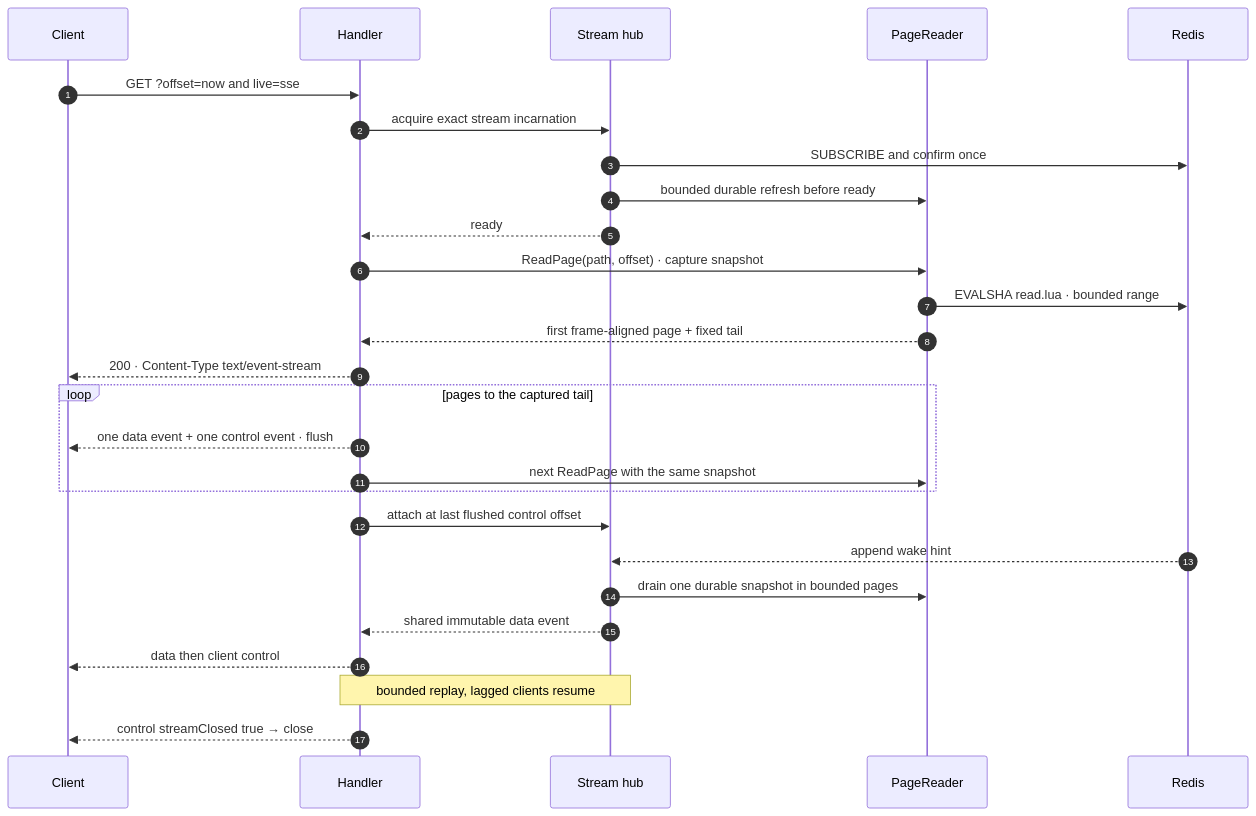
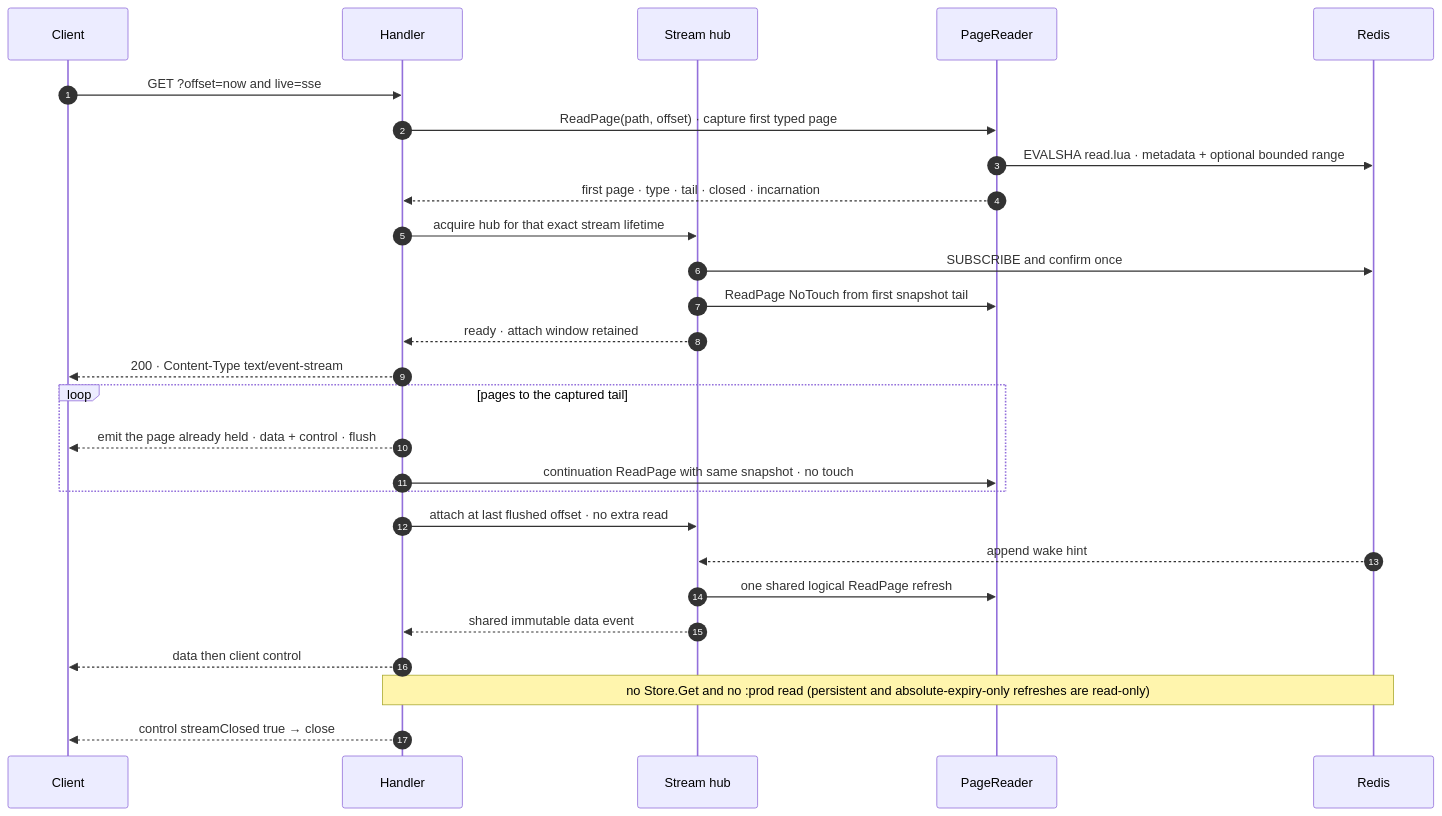
Before and after one commit to adityavkk/chronicle: the diagram in docs-site/diagrams/seq-sse.mmd, drawn with Mermaid. The commit also changed 25 other files, not shown here.

Commit message:
docs: align endpoint flows with read fast path

```diff
--- a/docs-site/diagrams/seq-sse.mmd
+++ b/docs-site/diagrams/seq-sse.mmd
@@ -1,27 +1,27 @@
 sequenceDiagram
     autonumber
     participant C as Client
     participant H as Handler
     participant F as Stream hub
     participant S as PageReader
     participant R as Redis
     C->>H: GET ?offset=now and live=sse
-    H->>F: acquire exact stream incarnation
+    H->>S: ReadPage(path, offset) · capture first typed page
+    S->>R: EVALSHA read.lua · metadata + optional bounded range
+    S-->>H: first page · type · tail · closed · incarnation
+    H->>F: acquire hub for that exact stream lifetime
     F->>R: SUBSCRIBE and confirm once
-    F->>S: bounded durable refresh before ready
-    F-->>H: ready
-    H->>S: ReadPage(path, offset) · capture snapshot
-    S->>R: EVALSHA read.lua · bounded range
-    S-->>H: first frame-aligned page + fixed tail
+    F->>S: ReadPage NoTouch from first snapshot tail
+    F-->>H: ready · attach window retained
     H-->>C: 200 · Content-Type text/event-stream
     loop pages to the captured tail
-        H-->>C: one data event + one control event · flush
-        H->>S: next ReadPage with the same snapshot
+        H-->>C: emit the page already held · data + control · flush
+        H->>S: continuation ReadPage with same snapshot · no touch
     end
-    H->>F: attach at last flushed control offset
+    H->>F: attach at last flushed offset · no extra read
     R-->>F: append wake hint
-    F->>S: drain one durable snapshot in bounded pages
+    F->>S: one shared logical ReadPage refresh
     F-->>H: shared immutable data event
     H-->>C: data then client control
-    Note over H,F: bounded replay, lagged clients resume
+    Note over H,R: no Store.Get and no :prod read (persistent and absolute-expiry-only refreshes are read-only)
     H-->>C: control streamClosed true → close
```
